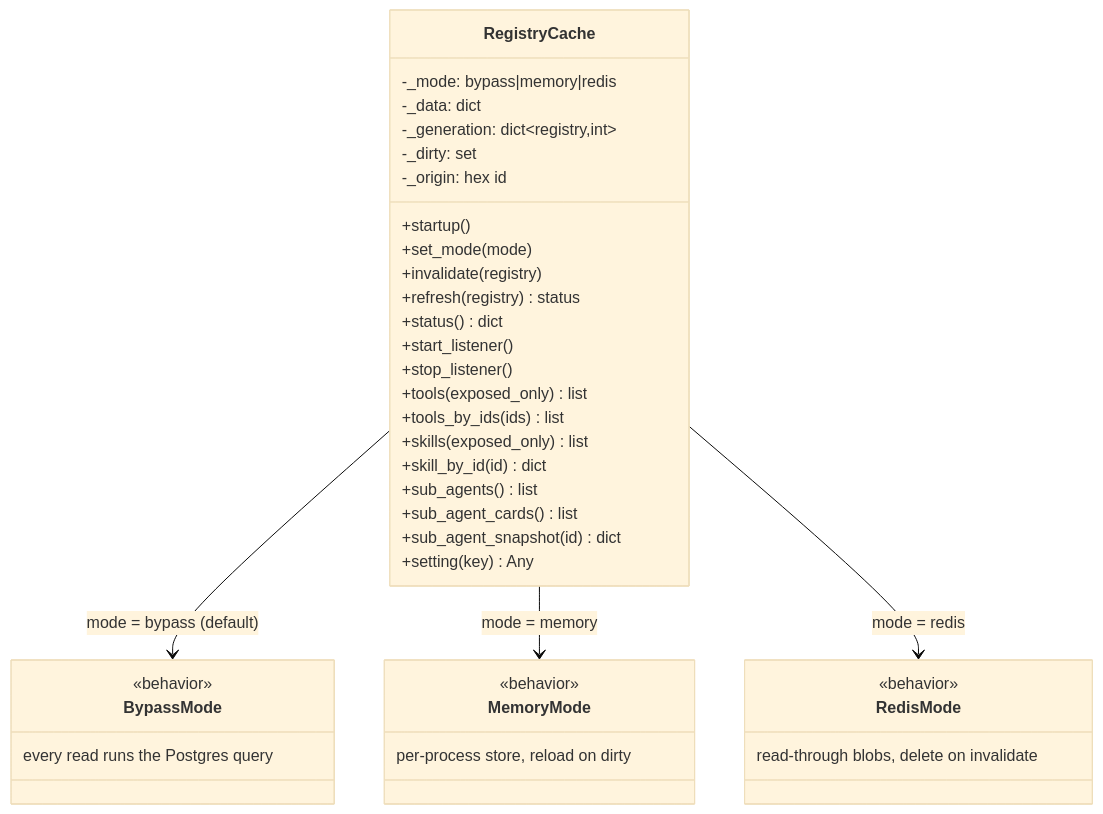
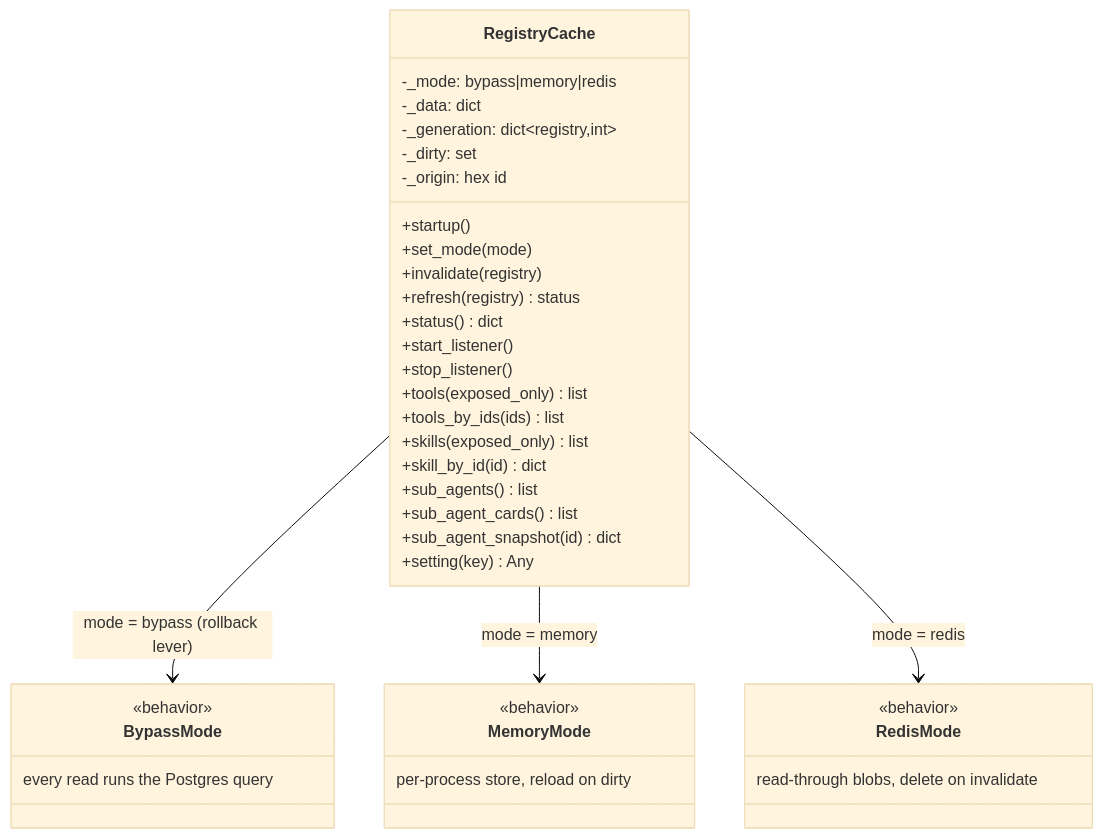
One commit to maheshyaddanapudi/concierge-agent changed the second of 5 diagrams in docs/architecture/components.md. Above: the diagram before and after it, drawn with Mermaid (base theme). The commit also changed other lines of this file and 219 other files, not shown here.

````diff
--- a/docs/architecture/components.md
+++ b/docs/architecture/components.md
@@ -73,40 +83,40 @@
 ```mermaid
 classDiagram
     class RegistryCache {
         -_mode: bypass|memory|redis
         -_data: dict
         -_generation: dict~registry,int~
         -_dirty: set
         -_origin: hex id
         +startup()
         +set_mode(mode)
         +invalidate(registry)
         +refresh(registry) status
         +status() dict
         +start_listener()
         +stop_listener()
         +tools(exposed_only) list
         +tools_by_ids(ids) list
         +skills(exposed_only) list
         +skill_by_id(id) dict
         +sub_agents() list
         +sub_agent_cards() list
         +sub_agent_snapshot(id) dict
         +setting(key) Any
     }
     class BypassMode {
         <<behavior>>
         every read runs the Postgres query
     }
     class MemoryMode {
         <<behavior>>
         per-process store, reload on dirty
     }
     class RedisMode {
         <<behavior>>
         read-through blobs, delete on invalidate
     }
-    RegistryCache --> BypassMode : mode = bypass (default)
+    RegistryCache --> BypassMode : mode = bypass (rollback lever)
     RegistryCache --> MemoryMode : mode = memory
     RegistryCache --> RedisMode : mode = redis
 ```
````
